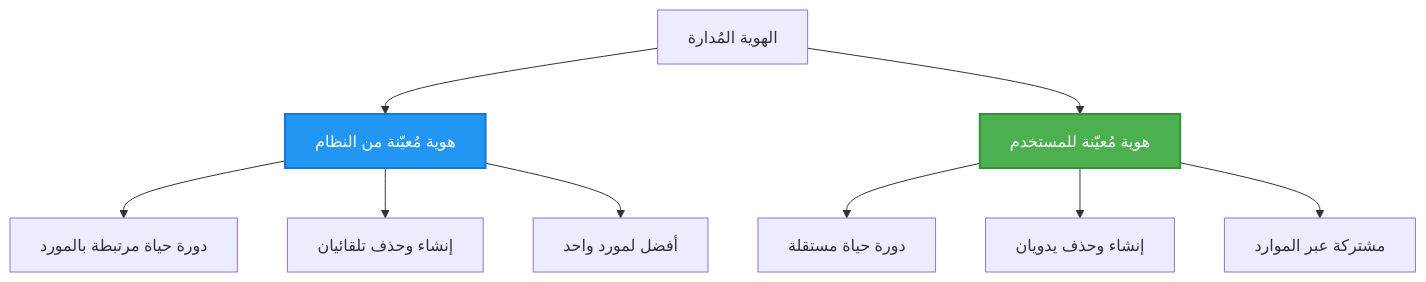
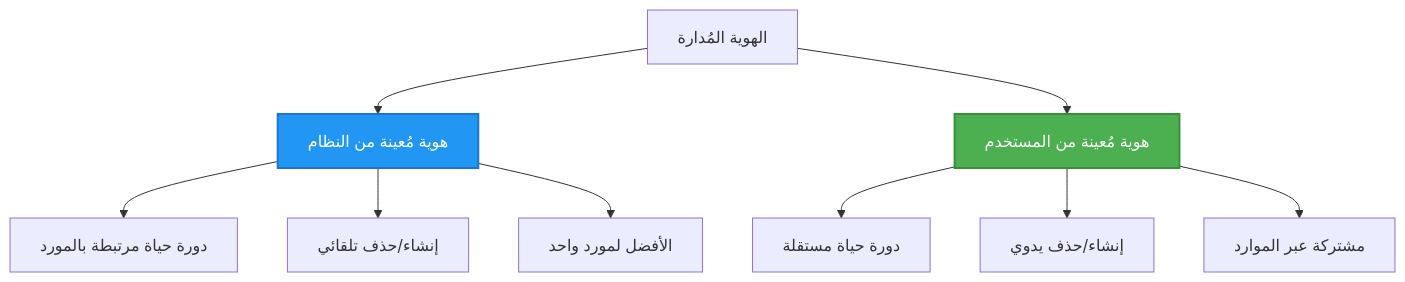
Before and after one commit to microsoft/AZD-for-beginners: the second of 2 diagrams in translations/ar/docs/chapter-03-configuration/authsecurity.md, drawn with Mermaid. The commit also changed other lines of this file and 104 other files, not shown here.

````diff
--- a/translations/ar/docs/chapter-03-configuration/authsecurity.md
+++ b/translations/ar/docs/chapter-03-configuration/authsecurity.md
@@ -97,20 +98,20 @@
 ```mermaid
 graph TB
     MI[الهوية المُدارة]
-    SystemAssigned[هوية مُعيّنة من النظام]
-    UserAssigned[هوية مُعيّنة للمستخدم]
+    SystemAssigned[هوية مُعينة من النظام]
+    UserAssigned[هوية مُعينة من المستخدم]
     
     MI --> SystemAssigned
     MI --> UserAssigned
     
     SystemAssigned --> SA1[دورة حياة مرتبطة بالمورد]
-    SystemAssigned --> SA2[إنشاء وحذف تلقائيان]
-    SystemAssigned --> SA3[أفضل لمورد واحد]
+    SystemAssigned --> SA2[إنشاء/حذف تلقائي]
+    SystemAssigned --> SA3[الأفضل لمورد واحد]
     
     UserAssigned --> UA1[دورة حياة مستقلة]
-    UserAssigned --> UA2[إنشاء وحذف يدويان]
+    UserAssigned --> UA2[إنشاء/حذف يدوي]
     UserAssigned --> UA3[مشتركة عبر الموارد]
     
     style SystemAssigned fill:#2196F3,stroke:#1976D2,stroke-width:2px,color:#fff
     style UserAssigned fill:#4CAF50,stroke:#388E3C,stroke-width:2px,color:#fff
 ```
````
